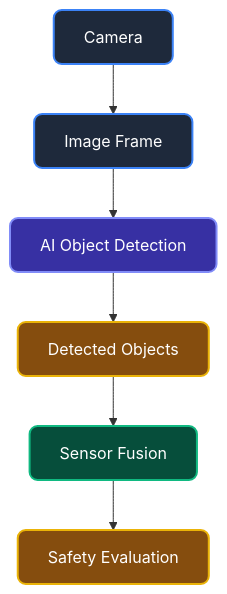
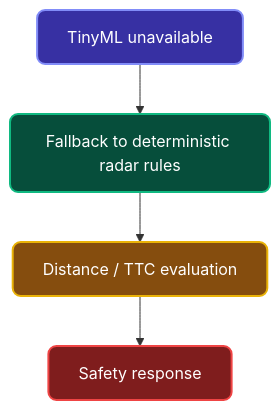
Before and after one commit to manasir747/Brainworks: the fifth of 9 diagrams in AI_ML Integration/README.md, drawn with Mermaid. The commit also changed other lines of this file, not shown here.

Commit message:
docs: update AI/ML architecture documentation with detailed Edge AI radar classification workflow

````diff
--- a/AI_ML Integration/README.md
+++ b/AI_ML Integration/README.md
@@ -96,14 +137,12 @@
 ```mermaid
 flowchart TD
     classDef normal fill:#1e293b,stroke:#3b82f6,stroke-width:2px,color:#fff,rx:8px,ry:8px;
     classDef warning fill:#854d0e,stroke:#eab308,stroke-width:2px,color:#fff,rx:8px,ry:8px;
     classDef danger fill:#7f1d1d,stroke:#ef4444,stroke-width:2px,color:#fff,rx:8px,ry:8px;
     classDef ai fill:#3730a3,stroke:#818cf8,stroke-width:2px,color:#fff,rx:8px,ry:8px;
     classDef logic fill:#064e3b,stroke:#10b981,stroke-width:2px,color:#fff,rx:8px,ry:8px;
 
-    CAM[Camera]:::normal --> FRAME[Image Frame]:::normal
-    FRAME --> DETECT[AI Object Detection]:::ai
-    DETECT --> OBJS[Detected Objects]:::warning
-    OBJS --> FUSION[Sensor Fusion]:::logic
-    FUSION --> EVAL[Safety Evaluation]:::warning
+    TML[TinyML unavailable]:::ai --> FALLBACK[Fallback to deterministic radar rules]:::logic
+    FALLBACK --> EVAL[Distance / TTC evaluation]:::warning
+    EVAL --> RESPONSE[Safety response]:::danger
 ```
````
